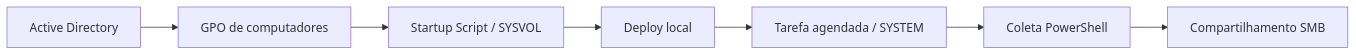
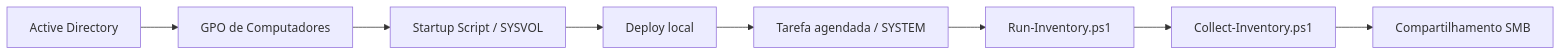
One commit to Pedrinho2018/INVENTORY---DEPLOY-VIA-GPO changed the diagram in README.md. Above: the diagram before and after it, drawn with Mermaid. The commit also changed other lines of this file, not shown here.

````diff
--- a/README.md
+++ b/README.md
@@ -9,9 +15,10 @@
 ```mermaid
 flowchart LR
-    AD[Active Directory] --> GPO[GPO de computadores]
+    AD[Active Directory] --> GPO[GPO de Computadores]
     GPO --> SYSVOL[Startup Script / SYSVOL]
     SYSVOL --> DEPLOY[Deploy local]
     DEPLOY --> TASK[Tarefa agendada / SYSTEM]
-    TASK --> COLLECT[Coleta PowerShell]
+    TASK --> RUNNER[Run-Inventory.ps1]
+    RUNNER --> COLLECT[Collect-Inventory.ps1]
     COLLECT --> SHARE[Compartilhamento SMB]
 ```
````
